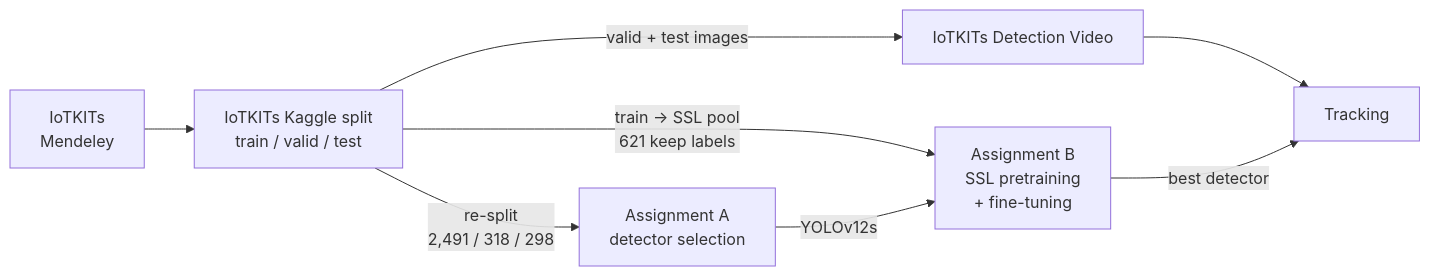
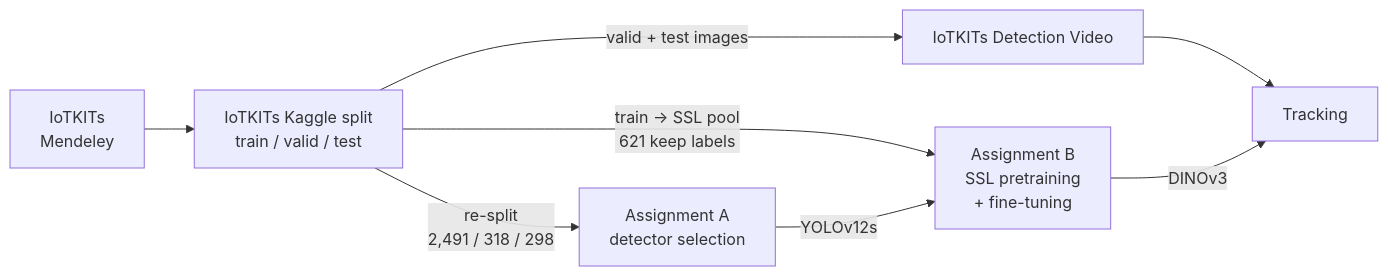
One commit to mrpaul-10/Object_detection_IoTKITs_ changed the second of 3 diagrams in README.md. Above: the diagram before and after it, drawn with Mermaid.

````diff
--- a/README.md
+++ b/README.md
@@ -94,11 +94,11 @@
 ```mermaid
 %%{init: {"flowchart": {"useMaxWidth": false}}}%%
 flowchart LR
     A[IoTKITs<br/>Mendeley] --> B[IoTKITs Kaggle split<br/>train / valid / test]
     B -->|re-split<br/>2,491 / 318 / 298| C[Assignment A<br/>detector selection]
     B -->|train → SSL pool<br/>621 keep labels| D[Assignment B<br/>SSL pretraining<br/>+ fine-tuning]
     C -->|YOLOv12s| D
     B -->|valid + test images| E[IoTKITs Detection Video]
     E --> F[Tracking]
-    D -->|best detector| F
+    D -->|DINOv3| F
 ```
````
